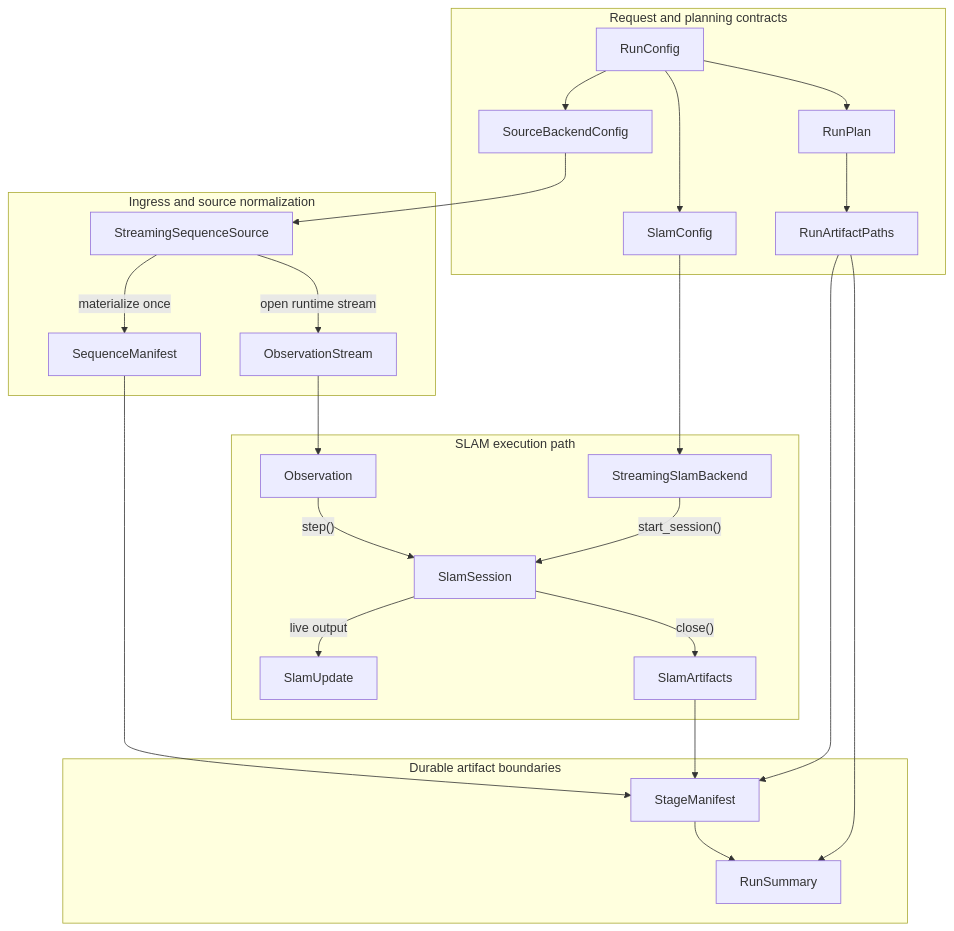
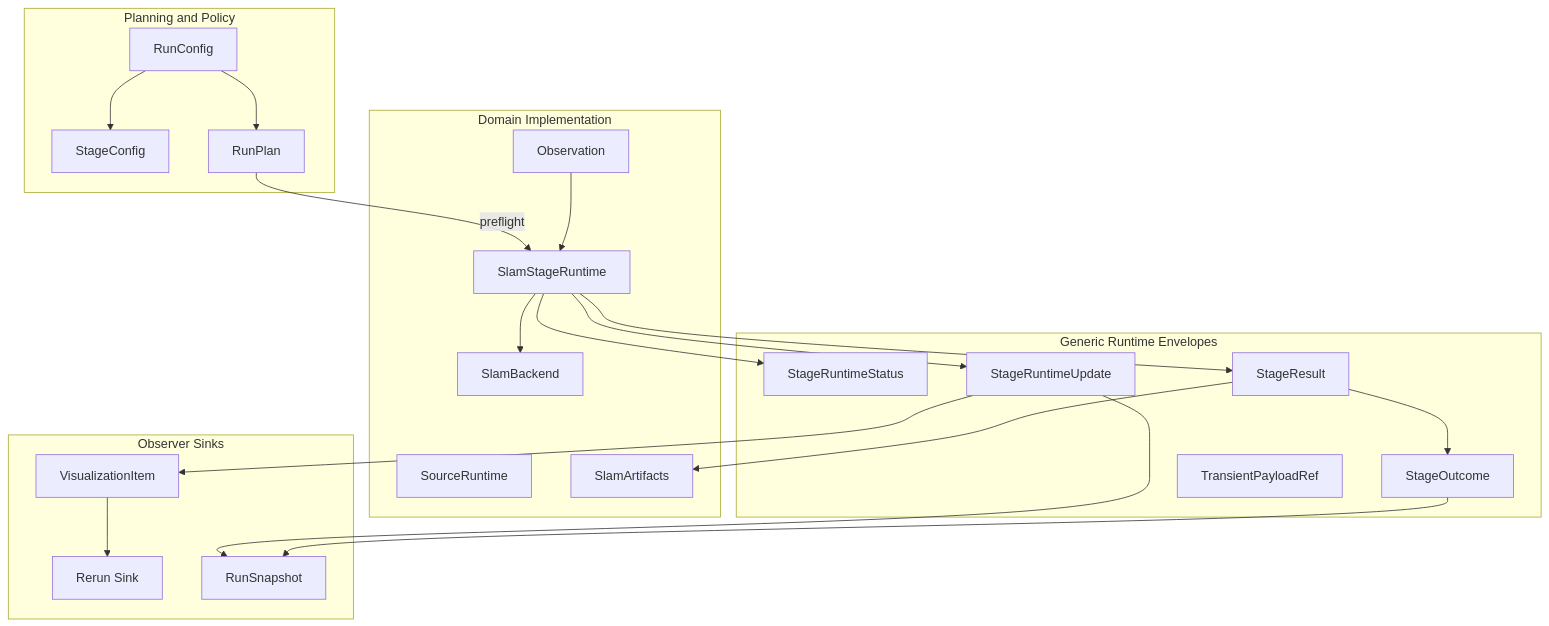
Before and after one commit to JanDuchscherer104/prml-vslam: the diagram in docs/figures/mermaid/mermaid_pipeline_boundaries.mmd, drawn with Mermaid. The commit also changed 24 other files, not shown here.

```diff
--- a/docs/figures/mermaid/mermaid_pipeline_boundaries.mmd
+++ b/docs/figures/mermaid/mermaid_pipeline_boundaries.mmd
@@ -1,45 +1,43 @@
 flowchart TD
-    subgraph request["Request and planning contracts"]
-        Request["RunConfig"]
-        SourceCfg["SourceBackendConfig"]
-        SlamCfg["SlamConfig"]
+    subgraph planning["Planning and Policy"]
+        Config["RunConfig"]
+        StageCfg["StageConfig"]
         Plan["RunPlan"]
-        Paths["RunArtifactPaths"]
-        Request --> SourceCfg
-        Request --> SlamCfg
-        Request --> Plan
-        Plan --> Paths
+        Config --> StageCfg
+        Config --> Plan
     end
 
-    subgraph ingress["Ingress and source normalization"]
-        Source["StreamingSequenceSource"]
-        Manifest["SequenceManifest"]
-        Stream["ObservationStream"]
-        SourceCfg --> Source
-        Source -->|"materialize once"| Manifest
-        Source -->|"open runtime stream"| Stream
+    subgraph runtime["Generic Runtime Envelopes"]
+        Status["StageRuntimeStatus"]
+        Update["StageRuntimeUpdate"]
+        Result["StageResult"]
+        Outcome["StageOutcome"]
+        Ref["TransientPayloadRef"]
     end
 
-    subgraph execution["SLAM execution path"]
-        Backend["StreamingSlamBackend"]
-        Session["SlamSession"]
-        Packet["Observation"]
-        Update["SlamUpdate"]
+    subgraph domain["Domain Implementation"]
+        SlamRuntime["SlamStageRuntime"]
+        SourceRuntime["SourceRuntime"]
+        SlamBackend["SlamBackend"]
+        Observation["Observation"]
         Artifacts["SlamArtifacts"]
-        SlamCfg --> Backend
-        Backend -->|"start_session()"| Session
-        Stream --> Packet
-        Packet -->|"step()"| Session
-        Session -->|"live output"| Update
-        Session -->|"close()"| Artifacts
     end
 
-    subgraph durable["Durable artifact boundaries"]
-        StageManifest["StageManifest"]
-        Summary["RunSummary"]
-        Manifest --> StageManifest
-        Artifacts --> StageManifest
-        Paths --> StageManifest
-        StageManifest --> Summary
-        Paths --> Summary
+    subgraph sinks["Observer Sinks"]
+        Rerun["Rerun Sink"]
+        Snapshot["RunSnapshot"]
+        VizItem["VisualizationItem"]
     end
+
+    Plan -->|"preflight"| SlamRuntime
+    SlamRuntime --> SlamBackend
+    Observation --> SlamRuntime
+    SlamRuntime --> Update
+    SlamRuntime --> Status
+    SlamRuntime --> Result
+    Update --> VizItem
+    Update --> Snapshot
+    VizItem --> Rerun
+    Result --> Artifacts
+    Result --> Outcome
+    Outcome --> Snapshot
```
